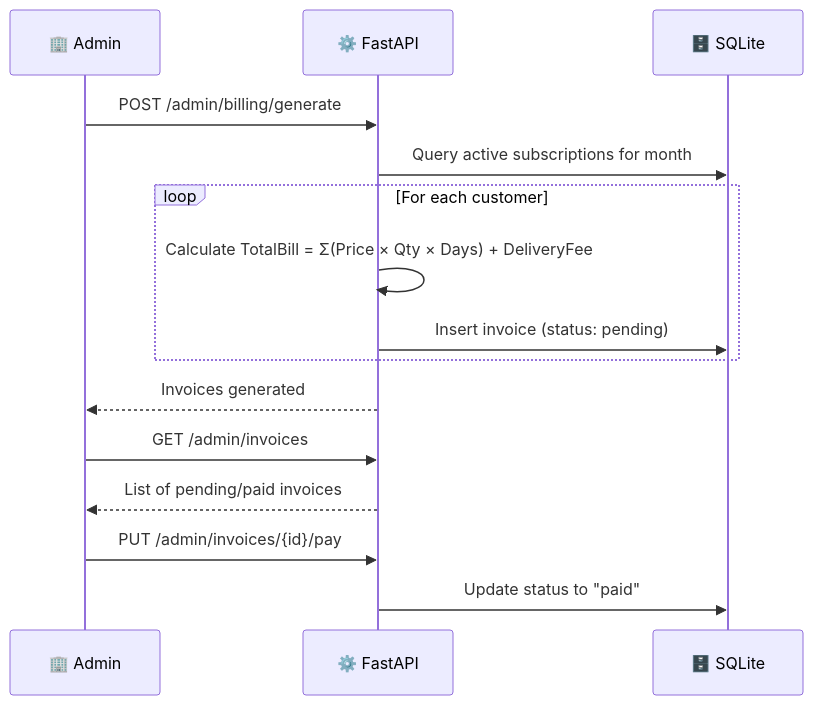
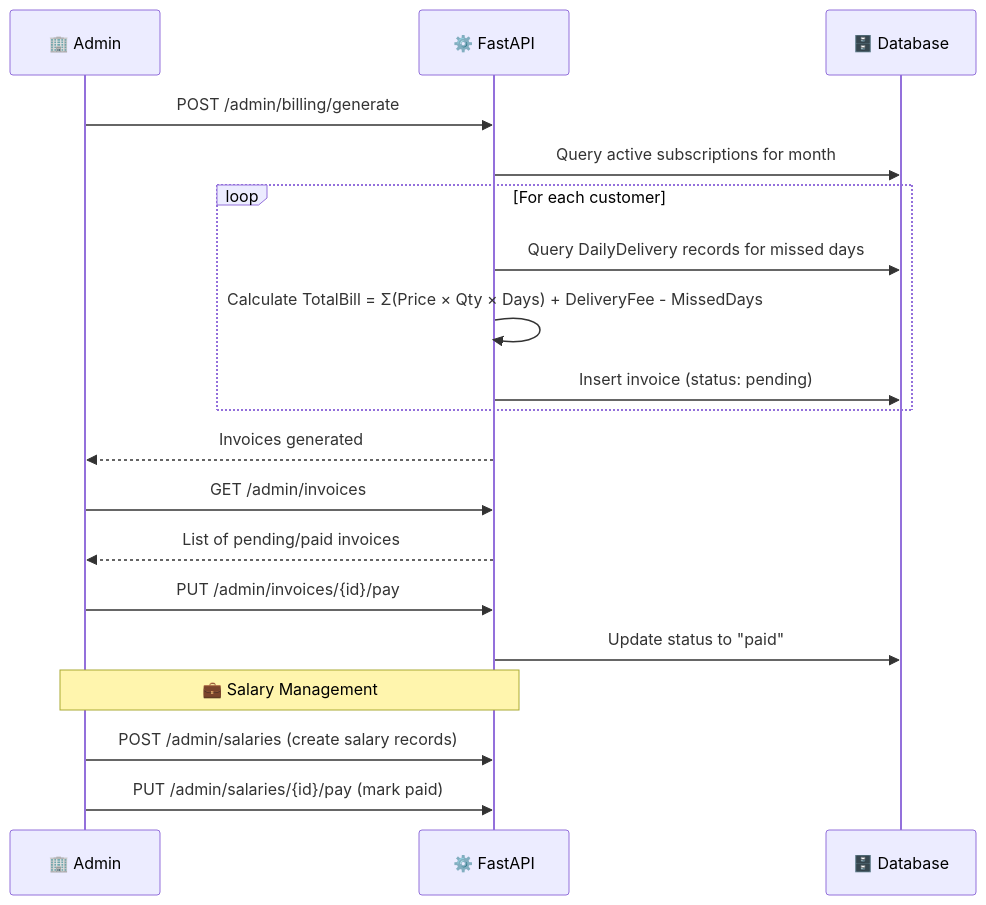
The fourth of 6 diagrams in docs/diagrams.md (Unitary-X/NewsFlux), drawn with Mermaid before and after one commit. The commit also changed other lines of this file and 11 other files, not shown here.

````diff
--- a/docs/diagrams.md
+++ b/docs/diagrams.md
@@ -226,21 +287,26 @@
 ```mermaid
 sequenceDiagram
     participant Admin as 🏢 Admin
     participant API as ⚙️ FastAPI
-    participant DB as 🗄️ SQLite
+    participant DB as 🗄️ Database
 
     Admin->>API: POST /admin/billing/generate
     API->>DB: Query active subscriptions for month
     
     loop For each customer
-        API->>API: Calculate TotalBill = Σ(Price × Qty × Days) + DeliveryFee
+        API->>DB: Query DailyDelivery records for missed days
+        API->>API: Calculate TotalBill = Σ(Price × Qty × Days) + DeliveryFee - MissedDays
         API->>DB: Insert invoice (status: pending)
     end
     
     API-->>Admin: Invoices generated
     Admin->>API: GET /admin/invoices
     API-->>Admin: List of pending/paid invoices
     
     Admin->>API: PUT /admin/invoices/{id}/pay
     API->>DB: Update status to "paid"
+    
+    Note over Admin, API: 💼 Salary Management
+    Admin->>API: POST /admin/salaries (create salary records)
+    Admin->>API: PUT /admin/salaries/{id}/pay (mark paid)
 ```
````
